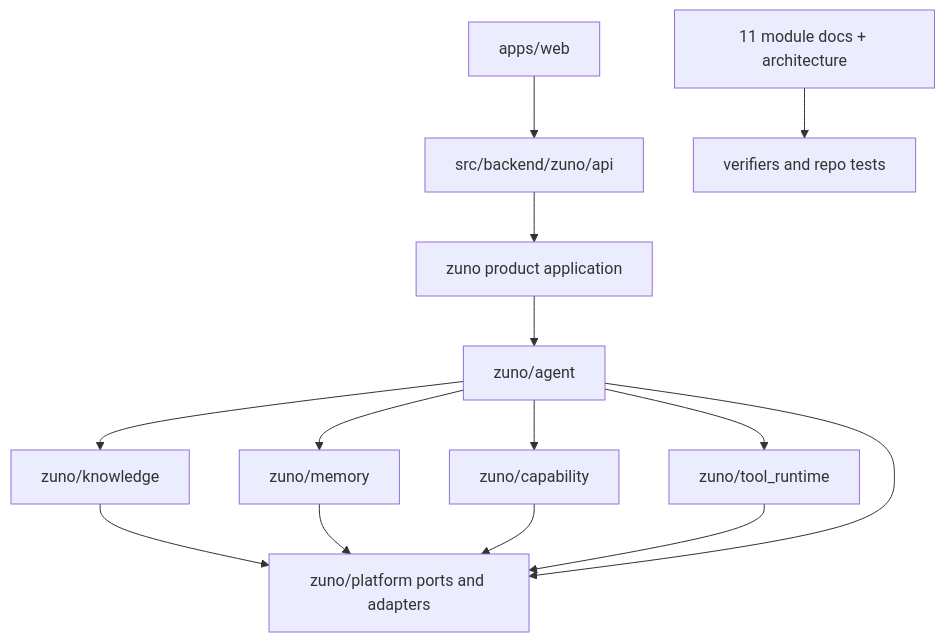
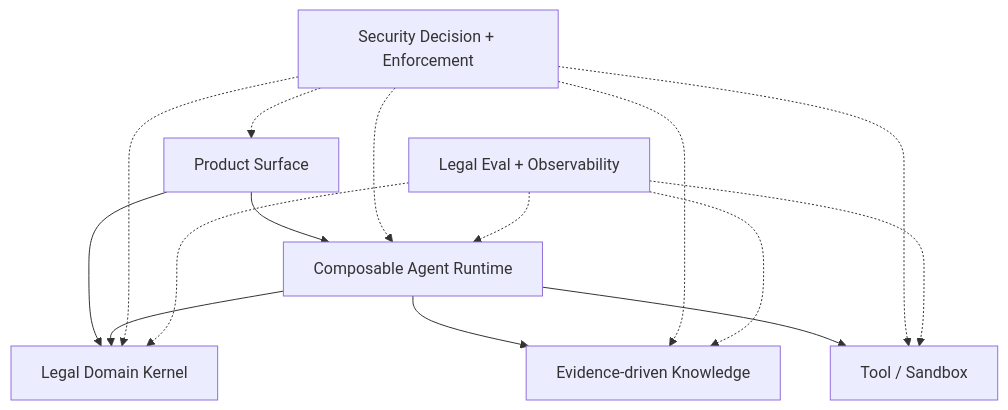
One commit to ProfessorZhi/Zuno changed the third of 14 diagrams in docs/project/architecture/architecture-views.md. Above: the diagram before and after it, drawn with Mermaid. The commit also changed other lines of this file and 99 other files, not shown here.

Commit message:
docs: reframe architecture around Python microservices

````diff
--- a/docs/project/architecture/architecture-views.md
+++ b/docs/project/architecture/architecture-views.md
@@ -81,12 +41,17 @@
 ```mermaid
 flowchart TB
-  WEB[apps/web] --> API[src/backend/zuno/api]
-  API --> PRODUCT[zuno product application]
-  PRODUCT --> AGENT[zuno/agent]
-  AGENT --> KNOW[zuno/knowledge]
-  AGENT --> MEMORY[zuno/memory]
-  AGENT --> CAP[zuno/capability]
-  AGENT --> TOOL[zuno/tool_runtime]
-  KNOW & MEMORY & CAP & TOOL & AGENT --> PLATFORM[zuno/platform ports and adapters]
-  DOCS[11 module docs + architecture] --> VERIFY[verifiers and repo tests]
+  PRODUCT[Product Surface]
+  DOMAIN[Legal Domain Kernel]
+  AGENT[Composable Agent Runtime]
+  KNOW[Evidence-driven Knowledge]
+  TOOL[Tool / Sandbox]
+  SECURITY[Security Decision + Enforcement]
+  EVAL[Legal Eval + Observability]
+  PRODUCT --> DOMAIN
+  PRODUCT --> AGENT
+  AGENT --> KNOW
+  AGENT --> TOOL
+  AGENT --> DOMAIN
+  SECURITY -.-> PRODUCT & DOMAIN & AGENT & KNOW & TOOL
+  EVAL -.-> DOMAIN & AGENT & KNOW & TOOL
 ```
````
